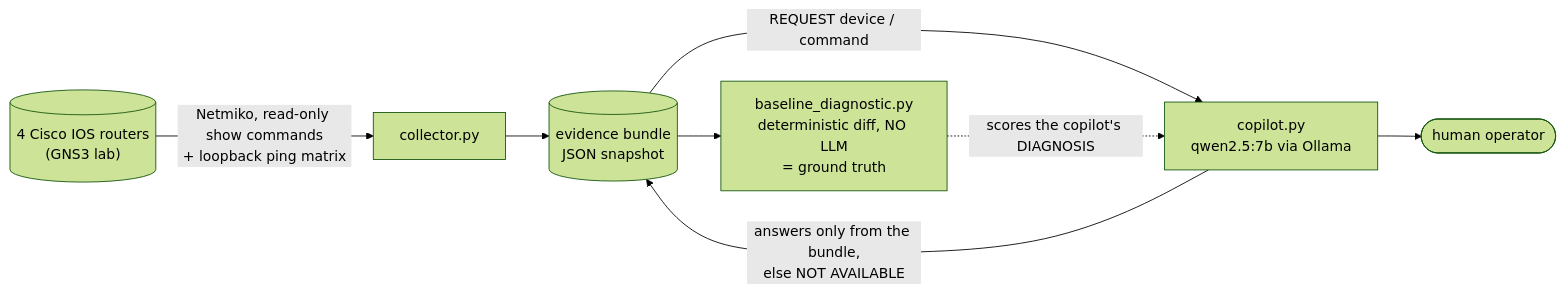
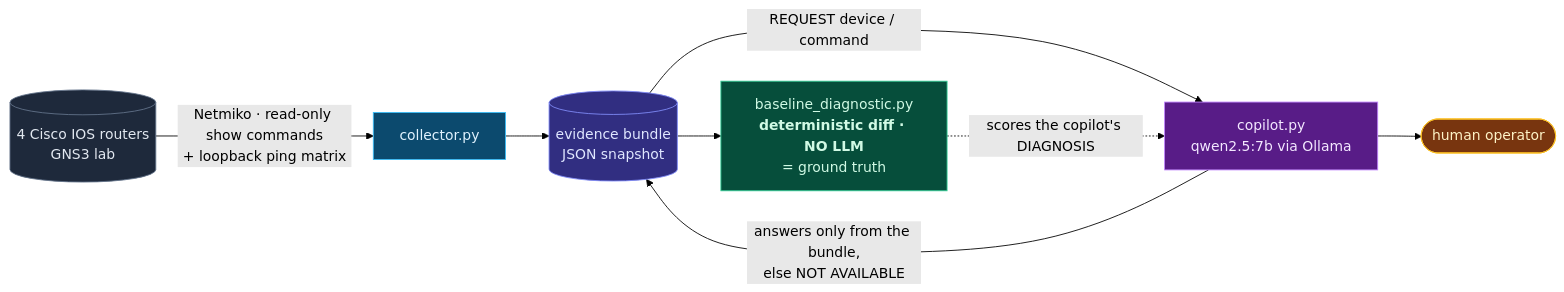
One commit to omersalih-infra/network-troubleshooting-copilot changed the diagram in README.md. Above: the diagram before and after it, drawn with Mermaid (forest theme). The commit also changed other lines of this file and 11 other files, not shown here.

````diff
--- a/README.md
+++ b/README.md
@@ -26,10 +53,17 @@
 ```mermaid
 flowchart LR
-    R[("4 Cisco IOS routers<br/>(GNS3 lab)")] -->|"Netmiko, read-only show commands<br/>+ loopback ping matrix"| C["collector.py"]
-    C --> E[("evidence bundle<br/>JSON snapshot")]
-    E --> D["baseline_diagnostic.py<br/>deterministic diff, NO LLM<br/>= ground truth"]
-    E -->|"REQUEST device / command"| P["copilot.py<br/>qwen2.5:7b via Ollama"]
+    R[("4 Cisco IOS routers<br/>GNS3 lab")]:::lab -->|"Netmiko · read-only show commands<br/>+ loopback ping matrix"| C["collector.py"]:::code
+    C --> E[("evidence bundle<br/>JSON snapshot")]:::data
+    E --> D["baseline_diagnostic.py<br/><b>deterministic diff · NO LLM</b><br/>= ground truth"]:::truth
+    E -->|"REQUEST device / command"| P["copilot.py<br/>qwen2.5:7b via Ollama"]:::llm
     P -->|"answers only from the bundle,<br/>else NOT AVAILABLE"| E
-    P --> H(["human operator"])
-    D -. "scores the copilot's DIAGNOSIS" .-> P
+    P --> H(["human operator"]):::human
+    D -.->|"scores the copilot's DIAGNOSIS"| P
+
+    classDef lab fill:#1e293b,stroke:#64748b,color:#e2e8f0
+    classDef code fill:#0c4a6e,stroke:#38bdf8,color:#e0f2fe
+    classDef data fill:#312e81,stroke:#818cf8,color:#e0e7ff
+    classDef truth fill:#064e3b,stroke:#34d399,color:#d1fae5
+    classDef llm fill:#581c87,stroke:#c084fc,color:#f3e8ff
+    classDef human fill:#78350f,stroke:#fbbf24,color:#fef3c7
 ```
````
